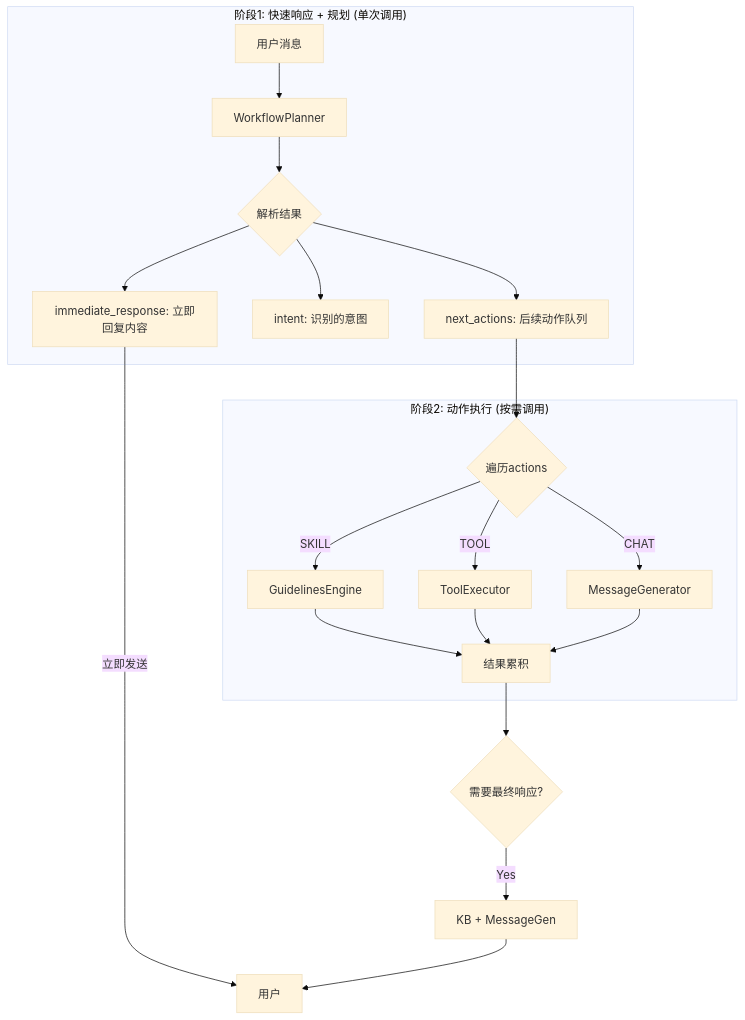
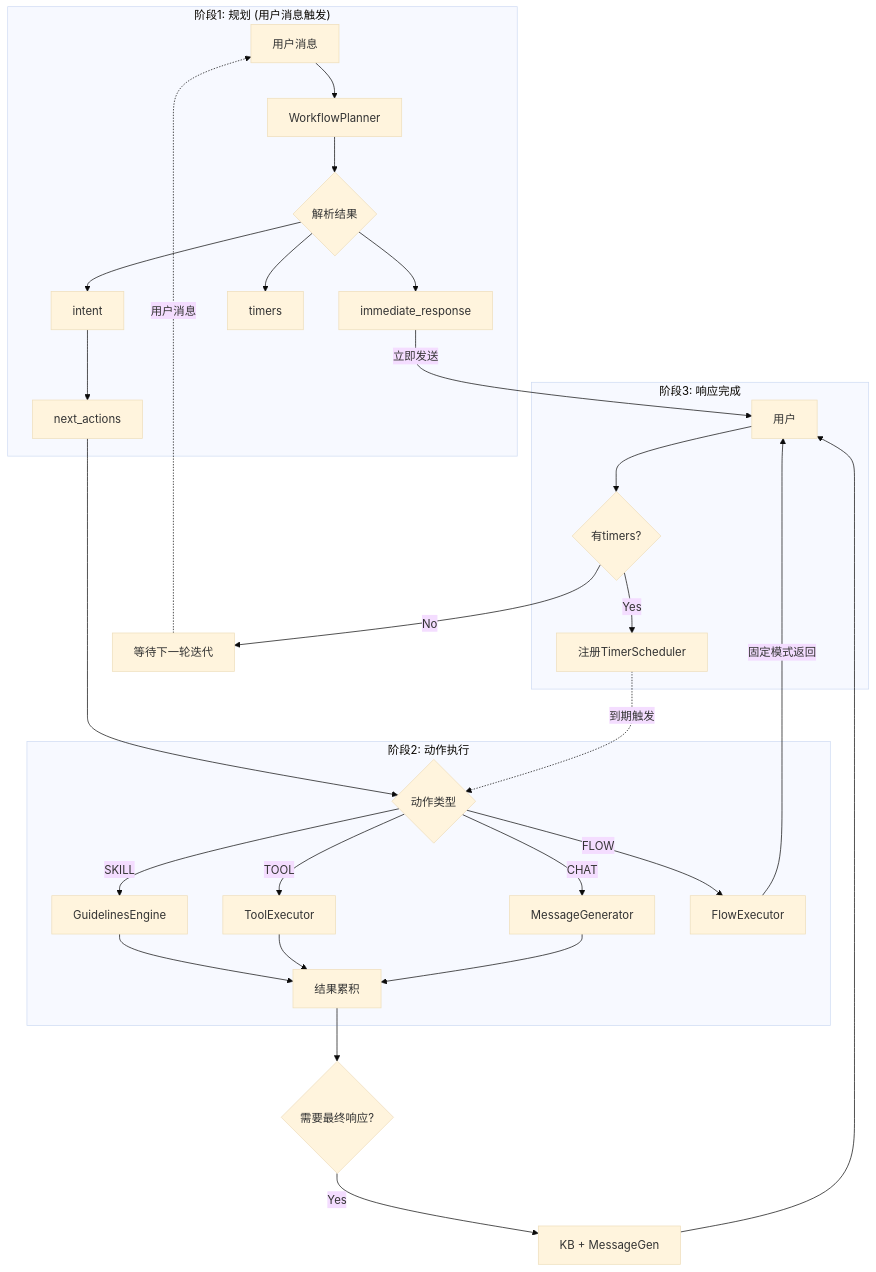
Before and after one commit to Nunchakus888/parlant: the second of 7 diagrams in notebooks/v7-feasibility.md, drawn with Mermaid (base theme). The commit also changed other lines of this file, not shown here.

````diff
--- a/notebooks/v7-feasibility.md
+++ b/notebooks/v7-feasibility.md
@@ -279,25 +279,37 @@
 ```mermaid
 flowchart TB
-    subgraph Phase1["阶段1: 快速响应 + 规划 (单次调用)"]
+    subgraph Phase1["阶段1: 规划 (用户消息触发)"]
         A[用户消息] --> B[WorkflowPlanner]
         B --> C{解析结果}
-        C --> D[immediate_response: 立即回复内容]
-        C --> E[intent: 识别的意图]
-        C --> F[next_actions: 后续动作队列]
+        C --> D[immediate_response]
+        C --> E[intent]
+        C --> TM[timers]
+        E --> F[next_actions]
     end
     
-    subgraph Phase2["阶段2: 动作执行 (按需调用)"]
-        F --> G{遍历actions}
+    subgraph Phase2["阶段2: 动作执行"]
+        F --> G{动作类型}
         G -->|SKILL| H[GuidelinesEngine]
         G -->|TOOL| I[ToolExecutor]
         G -->|CHAT| J[MessageGenerator]
+        G -->|FLOW| O[FlowExecutor]
         H --> K[结果累积]
         I --> K
         J --> K
     end
     
     D -->|立即发送| L[用户]
+    O -->|固定模式返回| L
     K --> M{需要最终响应?}
     M -->|Yes| N[KB + MessageGen]
     N --> L
+    
+    subgraph Phase3["阶段3: 响应完成"]
+        L --> P{有timers?}
+        P -->|Yes| Q[注册TimerScheduler]
+        Q -.->|到期触发| G
+    end
+    
+    P -->|No| S[等待下一轮迭代]
+    S -.->|用户消息| A
 ```
````
